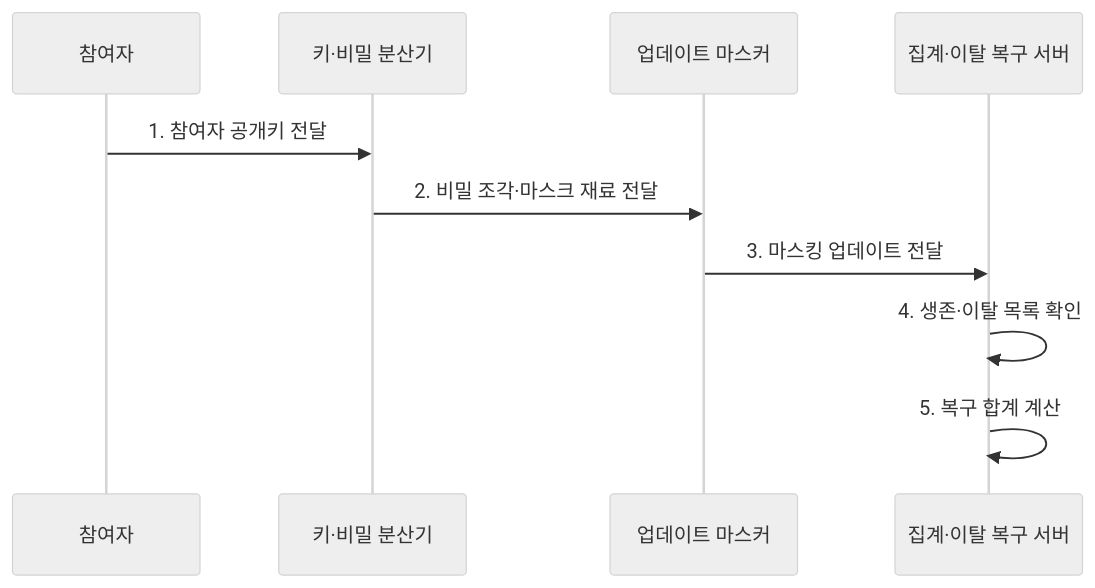
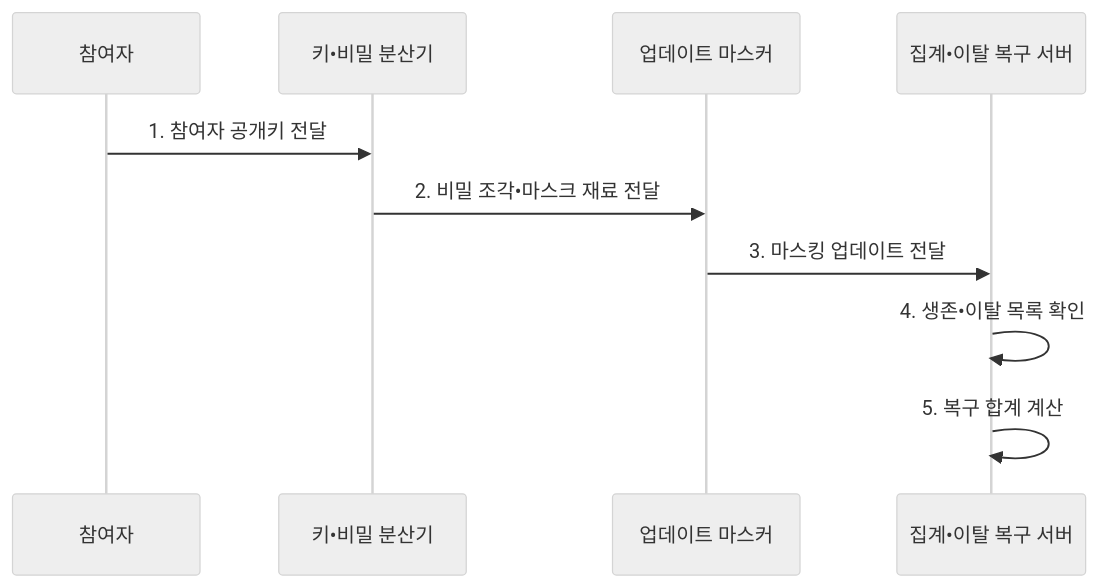
Before and after one commit to agnusdei1207/knowledge-base: the second of 2 diagrams in src/content/docs/notes/08-latest-tech/112_secure_aggregation.md, drawn with Mermaid (neutral theme). The commit also changed other lines of this file and 953 other files, not shown here.

````diff
--- a/src/content/docs/notes/08-latest-tech/112_secure_aggregation.md
+++ b/src/content/docs/notes/08-latest-tech/112_secure_aggregation.md
@@ -101,12 +101,12 @@
 ```mermaid
 sequenceDiagram
     participant P as 참여자
-    participant K as 키·비밀 분산기
+    participant K as 키•비밀 분산기
     participant M as 업데이트 마스커
-    participant S as 집계·이탈 복구 서버
+    participant S as 집계•이탈 복구 서버
     P->>K: 1. 참여자 공개키 전달
-    K->>M: 2. 비밀 조각·마스크 재료 전달
+    K->>M: 2. 비밀 조각•마스크 재료 전달
     M->>S: 3. 마스킹 업데이트 전달
-    S->>S: 4. 생존·이탈 목록 확인
+    S->>S: 4. 생존•이탈 목록 확인
     S->>S: 5. 복구 합계 계산
 ```
````
